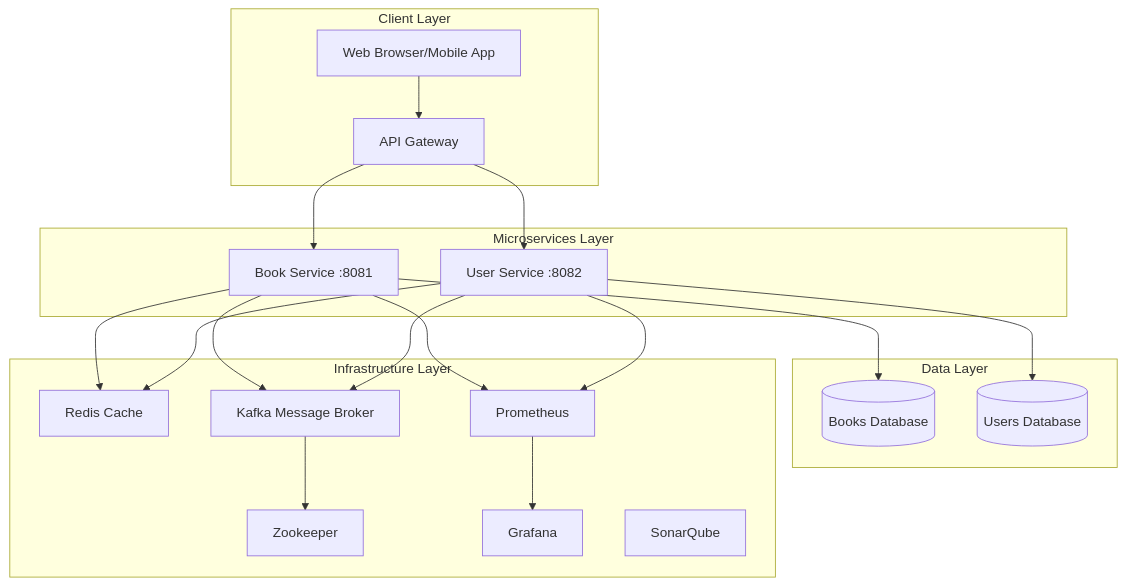
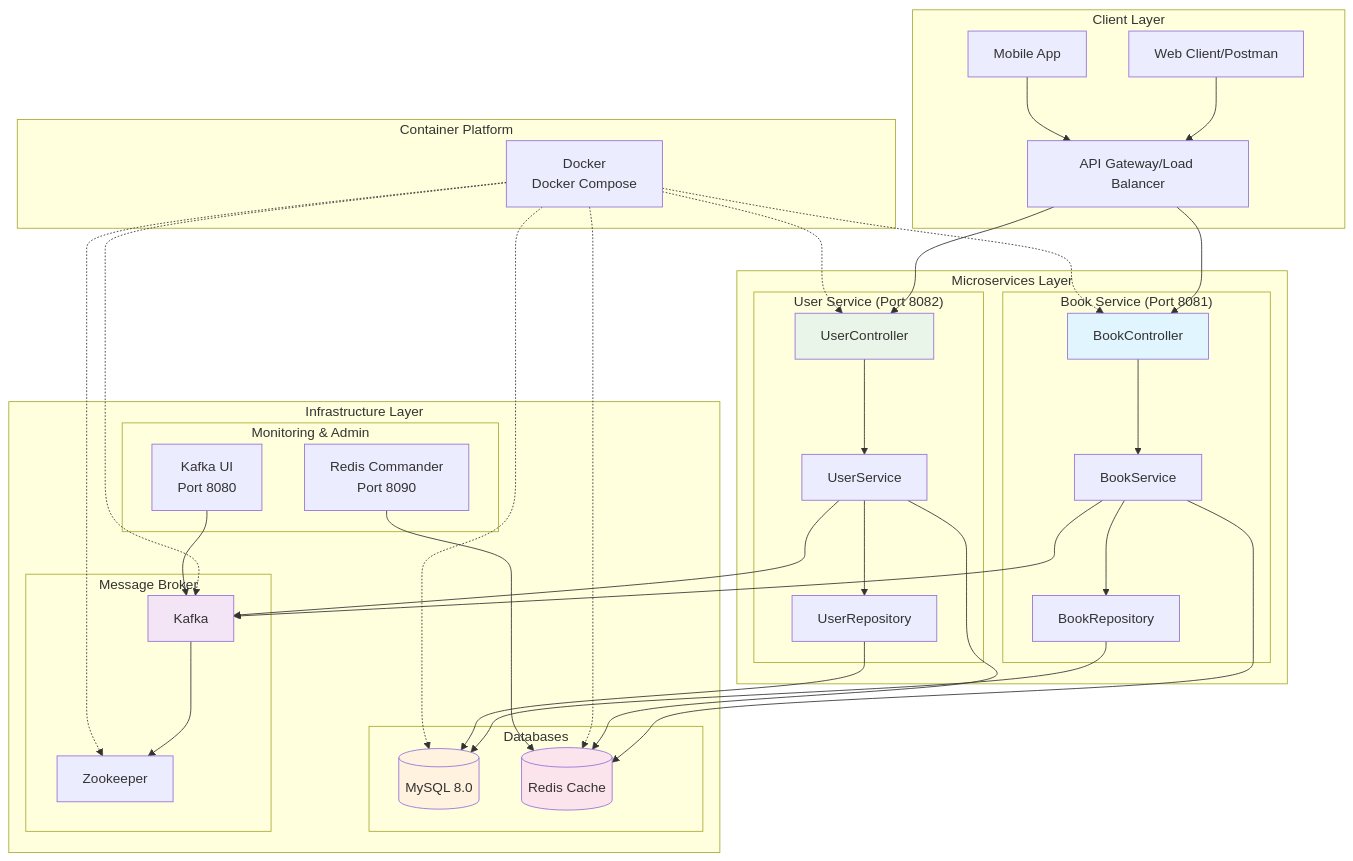
Before and after one commit to gsrinivasan-centime/SpreingbootLearn: the first of 20 diagrams in docs/10-VisualDocumentation.md, drawn with Mermaid. The commit also changed other lines of this file and 35 other files, not shown here.

````diff
--- a/docs/10-VisualDocumentation.md
+++ b/docs/10-VisualDocumentation.md
@@ -16,40 +5,84 @@
 ```mermaid
 graph TB
     subgraph "Client Layer"
-        A[Web Browser/Mobile App]
-        B[API Gateway]
+        WEB[Web Client/Postman]
+        MOB[Mobile App]
+        API_GW[API Gateway/Load Balancer]
     end
     
     subgraph "Microservices Layer"
-        C[Book Service :8081]
-        D[User Service :8082]
-    end
-    
-    subgraph "Data Layer"
-        E[(Books Database)]
-        F[(Users Database)]
+        subgraph "Book Service (Port 8081)"
+            BS_CTRL[BookController]
+            BS_SVC[BookService]
+            BS_REPO[BookRepository]
+        end
+        
+        subgraph "User Service (Port 8082)"
+            US_CTRL[UserController]
+            US_SVC[UserService]
+            US_REPO[UserRepository]
+        end
     end
     
     subgraph "Infrastructure Layer"
-        G[Redis Cache]
-        H[Kafka Message Broker]
-        I[Zookeeper]
-        J[Prometheus]
-        K[Grafana]
-        L[SonarQube]
+        subgraph "Databases"
+            MYSQL[(MySQL 8.0)]
+            REDIS[(Redis Cache)]
+        end
+        
+        subgraph "Message Broker"
+            ZK[Zookeeper]
+            KAFKA[Kafka]
+        end
+        
+        subgraph "Monitoring & Admin"
+            KAFKA_UI[Kafka UI<br/>Port 8080]
+            REDIS_CMD[Redis Commander<br/>Port 8090]
+        end
     end
     
-    A --> B
-    B --> C
-    B --> D
-    C --> E
-    D --> F
-    C --> G
-    D --> G
-    C --> H
-    D --> H
-    H --> I
-    C --> J
-    D --> J
-    J --> K
+    subgraph "Container Platform"
+        DOCKER[Docker<br/>Docker Compose]
+    end
+    
+    %% Client connections
+    WEB --> API_GW
+    MOB --> API_GW
+    API_GW --> BS_CTRL
+    API_GW --> US_CTRL
+    
+    %% Service layer connections
+    BS_CTRL --> BS_SVC
+    BS_SVC --> BS_REPO
+    US_CTRL --> US_SVC
+    US_SVC --> US_REPO
+    
+    %% Database connections
+    BS_REPO --> MYSQL
+    US_REPO --> MYSQL
+    BS_SVC --> REDIS
+    US_SVC --> REDIS
+    
+    %% Messaging connections
+    BS_SVC --> KAFKA
+    US_SVC --> KAFKA
+    KAFKA --> ZK
+    
+    %% Container orchestration
+    DOCKER -.-> BS_CTRL
+    DOCKER -.-> US_CTRL
+    DOCKER -.-> MYSQL
+    DOCKER -.-> REDIS
+    DOCKER -.-> KAFKA
+    DOCKER -.-> ZK
+    
+    %% Admin interfaces
+    KAFKA_UI --> KAFKA
+    REDIS_CMD --> REDIS
+    
+    style BS_CTRL fill:#e1f5fe
+    style US_CTRL fill:#e8f5e8
+    style MYSQL fill:#fff3e0
+    style REDIS fill:#fce4ec
+    style KAFKA fill:#f3e5f5
 ```
````
